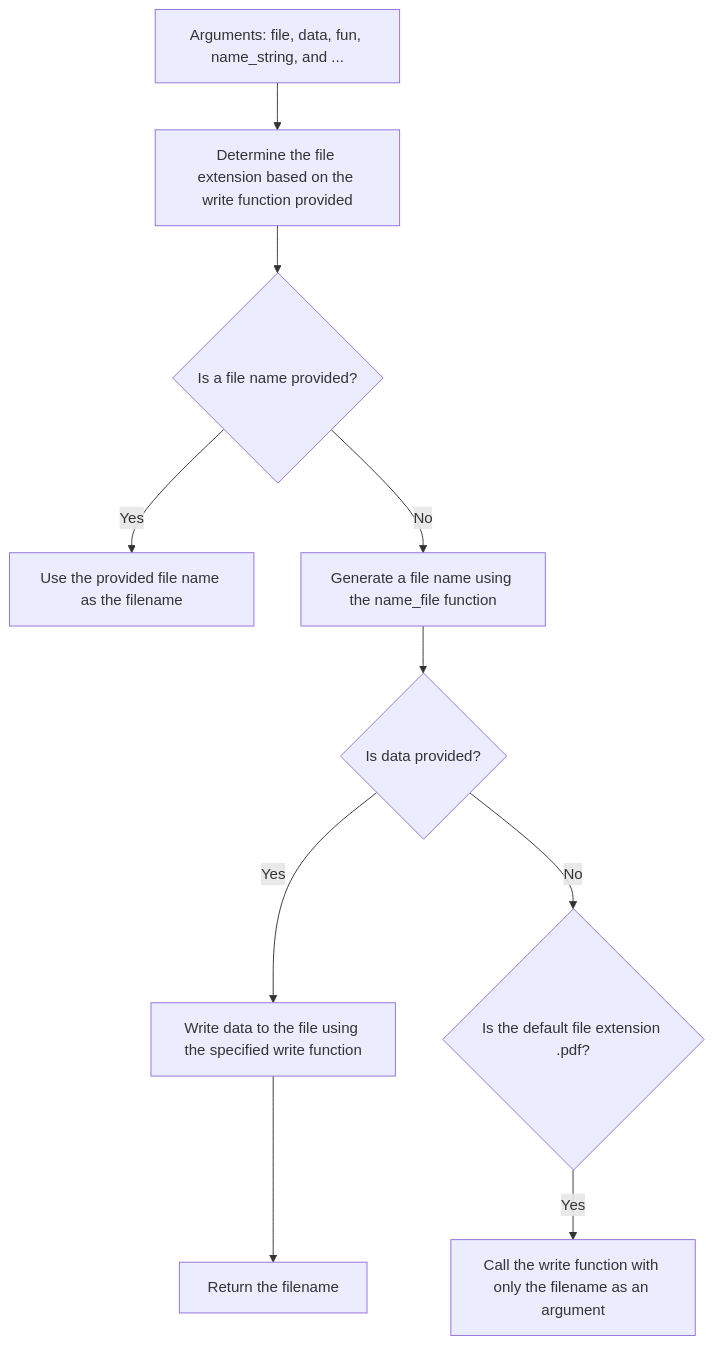
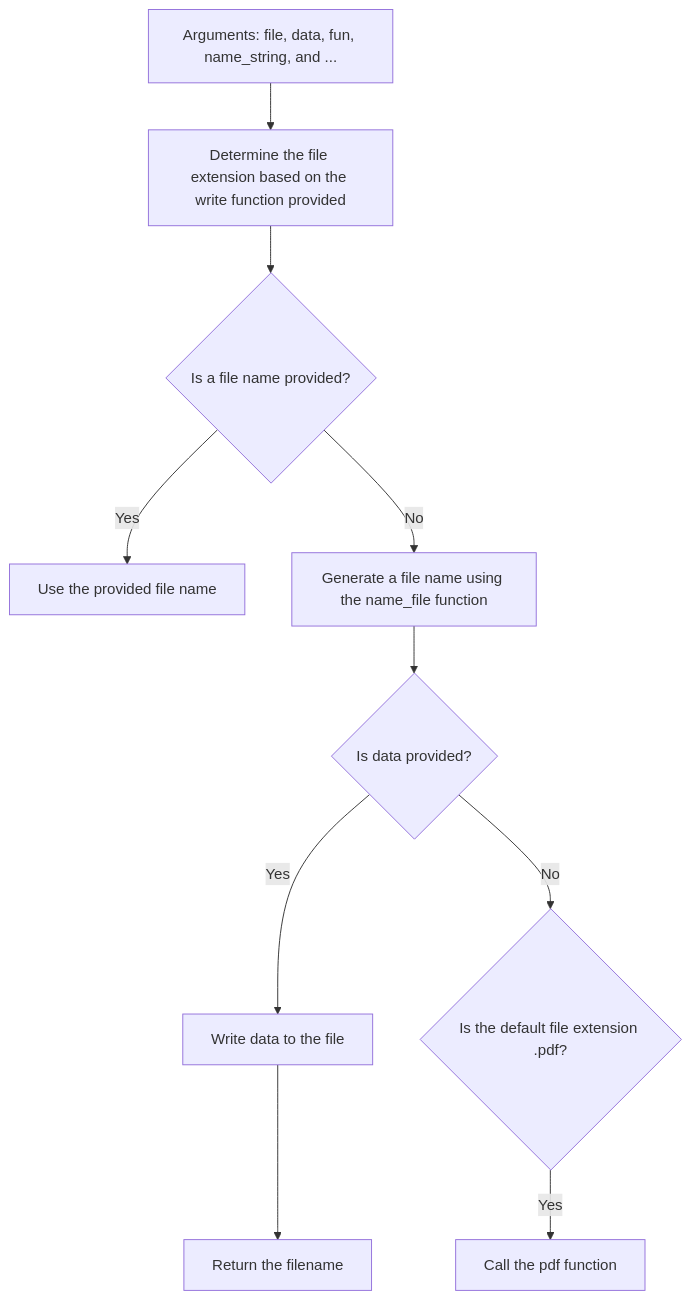
One commit to Wangxiaoyue-lab/PICASSO changed the diagram in scRNA_analysis/README.md. Above: the diagram before and after it, drawn with Mermaid. The commit also changed other lines of this file and 5 other files, not shown here.

````diff
--- a/scRNA_analysis/README.md
+++ b/scRNA_analysis/README.md
@@ -5,12 +39,12 @@
 ```mermaid
 graph TD
 A[Arguments: file, data, fun, name_string, and ...] --> B[Determine the file extension based on the write function provided]
 B --> C{Is a file name provided?}
-C -->|Yes| D[Use the provided file name as the filename]
+C -->|Yes| D[Use the provided file name]
 C -->|No| E[Generate a file name using the name_file function]
 E --> F{Is data provided?}
-F -->|Yes| G[Write data to the file using the specified write function]
+F -->|Yes| G[Write data to the file]
 F -->|No| H{Is the default file extension .pdf?}
-H -->|Yes| I[Call the write function with only the filename as an argument]
+H -->|Yes| I[Call the pdf function]
 G --> J[Return the filename]
 ```
````
